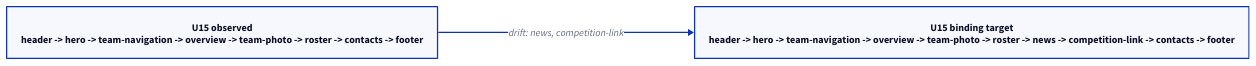
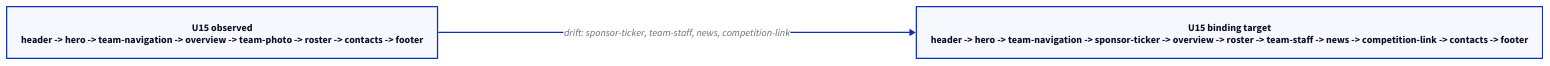
Before and after one commit to ESC-Geretsried/esc-digital: the diagram in owml/v1/generated/u15-observed-target.d2, drawn with D2. The commit also changed 37 other files, not shown here.

```diff
--- a/owml/v1/generated/u15-observed-target.d2
+++ b/owml/v1/generated/u15-observed-target.d2
@@ -1,4 +1,4 @@
 direction: right
 observed: "U15 observed\nheader -> hero -> team-navigation -> overview -> team-photo -> roster -> contacts -> footer"
-target: "U15 binding target\nheader -> hero -> team-navigation -> overview -> team-photo -> roster -> news -> competition-link -> contacts -> footer"
-observed -> target: "drift: news, competition-link"
+target: "U15 binding target\nheader -> hero -> team-navigation -> sponsor-ticker -> overview -> roster -> team-staff -> news -> competition-link -> contacts -> footer"
+observed -> target: "drift: sponsor-ticker, team-staff, news, competition-link"
```
